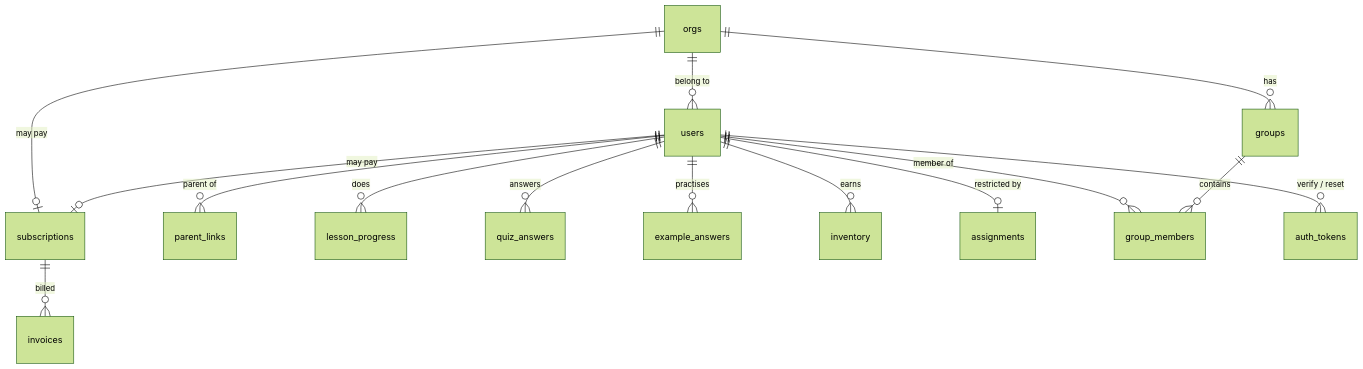
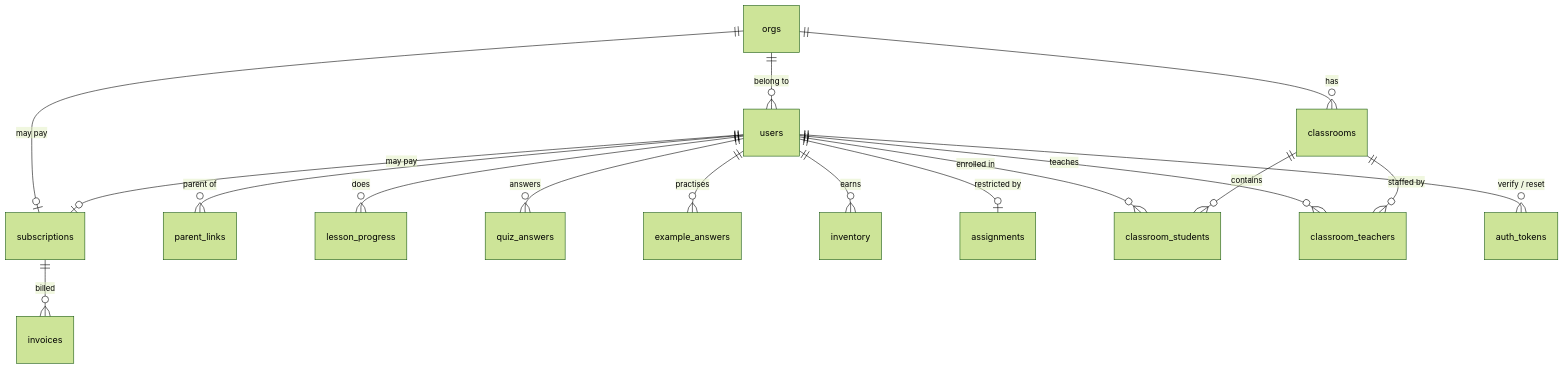
One commit to shry9735/Book-Trial-Thing changed the diagram in docs/DATA_MODEL.md. Above: the diagram before and after it, drawn with Mermaid (forest theme). The commit also changed other lines of this file and 41 other files, not shown here.

````diff
--- a/docs/DATA_MODEL.md
+++ b/docs/DATA_MODEL.md
@@ -22,17 +22,19 @@
 ```mermaid
 erDiagram
     orgs ||--o{ users : "belong to"
-    orgs ||--o{ groups : has
+    orgs ||--o{ classrooms : has
     orgs ||--o| subscriptions : "may pay"
     users ||--o{ parent_links : "parent of"
     users ||--o{ lesson_progress : does
     users ||--o{ quiz_answers : answers
     users ||--o{ example_answers : practises
     users ||--o{ inventory : earns
     users ||--o| assignments : "restricted by"
-    users ||--o{ group_members : "member of"
+    users ||--o{ classroom_students : "enrolled in"
+    users ||--o{ classroom_teachers : teaches
     users ||--o| subscriptions : "may pay"
-    groups ||--o{ group_members : contains
+    classrooms ||--o{ classroom_students : contains
+    classrooms ||--o{ classroom_teachers : "staffed by"
     users ||--o{ auth_tokens : "verify / reset"
     subscriptions ||--o{ invoices : billed
 ```
````
